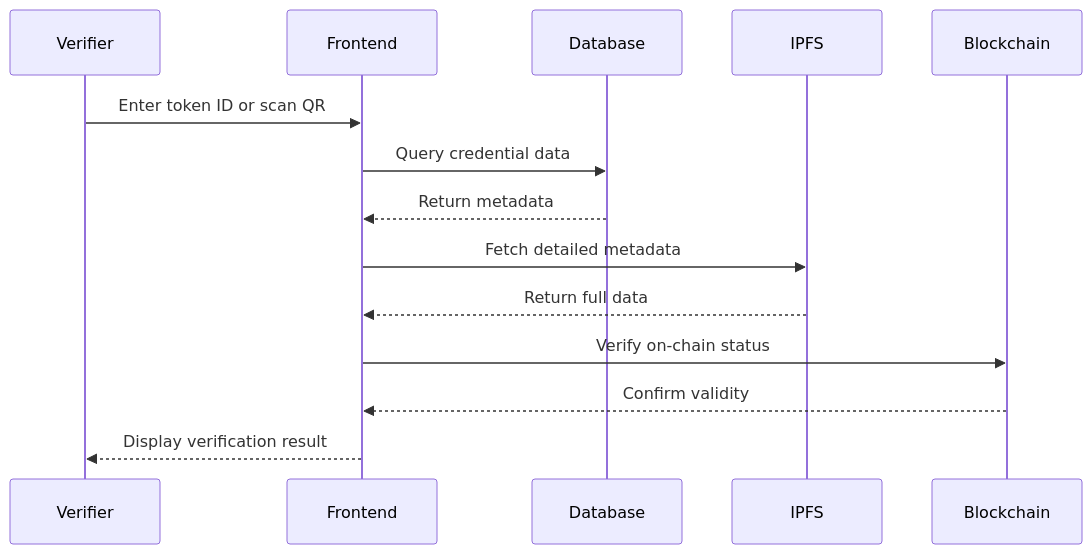
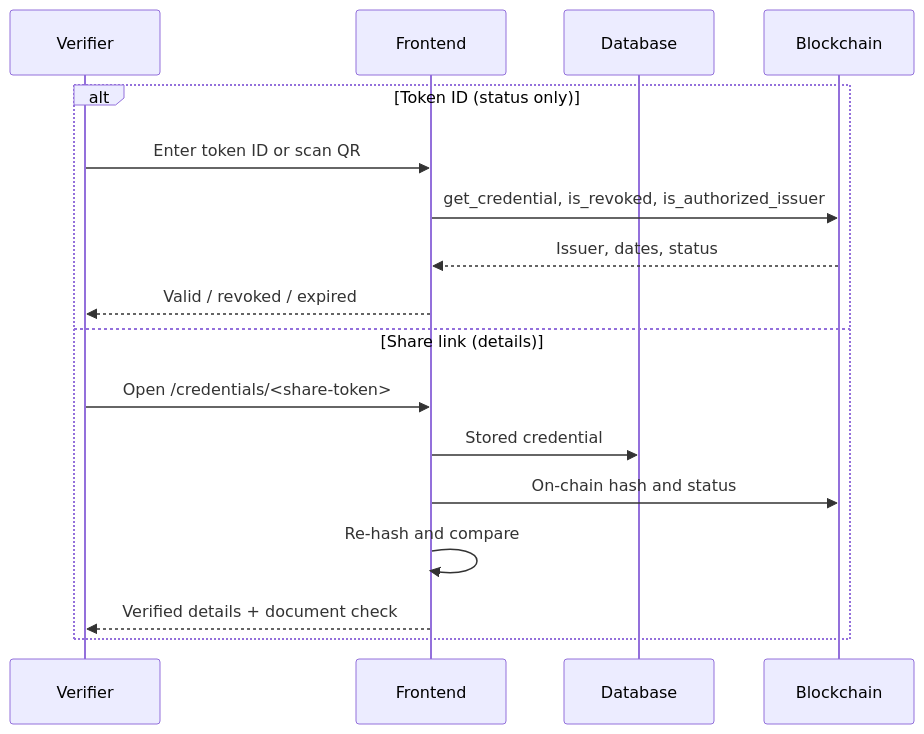
Before and after one commit to soumen0818/ACREDIA-STELLAR: the third of 3 diagrams in README.md, drawn with Mermaid. The commit also changed other lines of this file and 274 other files, not shown here.

First line of the commit message:
Refactor verification tests to use on-chain credential data and improve error handling

````diff
--- a/README.md
+++ b/README.md
@@ -531,17 +532,20 @@
 ```mermaid
 sequenceDiagram
     participant Verifier
     participant Frontend
     participant Database
-    participant IPFS
     participant Blockchain
 
-    Verifier->>Frontend: Enter token ID or scan QR
-    Frontend->>Database: Query credential data
-    Database-->>Frontend: Return metadata
-    Frontend->>IPFS: Fetch detailed metadata
-    IPFS-->>Frontend: Return full data
-    Frontend->>Blockchain: Verify on-chain status
-    Blockchain-->>Frontend: Confirm validity
-    Frontend-->>Verifier: Display verification result
+    alt Token ID (status only)
+        Verifier->>Frontend: Enter token ID or scan QR
+        Frontend->>Blockchain: get_credential, is_revoked, is_authorized_issuer
+        Blockchain-->>Frontend: Issuer, dates, status
+        Frontend-->>Verifier: Valid / revoked / expired
+    else Share link (details)
+        Verifier->>Frontend: Open /credentials/<share-token>
+        Frontend->>Database: Stored credential
+        Frontend->>Blockchain: On-chain hash and status
+        Frontend->>Frontend: Re-hash and compare
+        Frontend-->>Verifier: Verified details + document check
+    end
 ```
````
